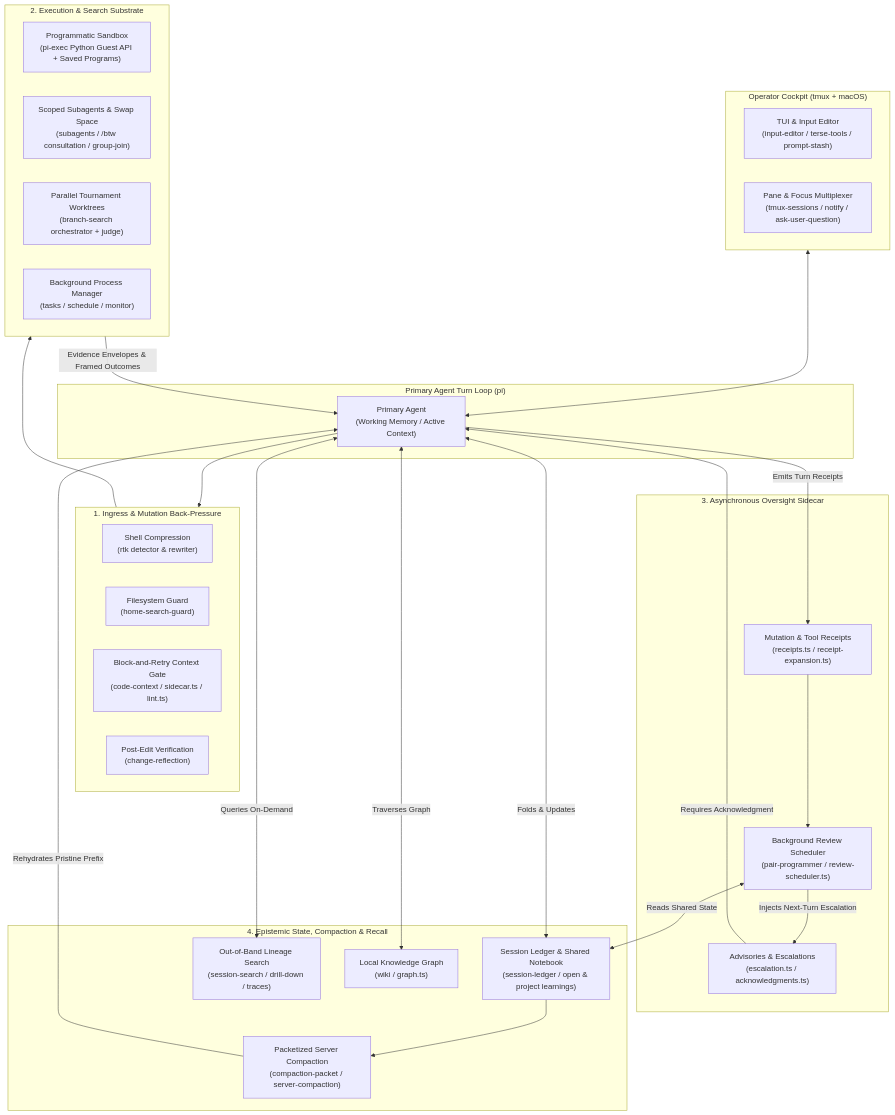
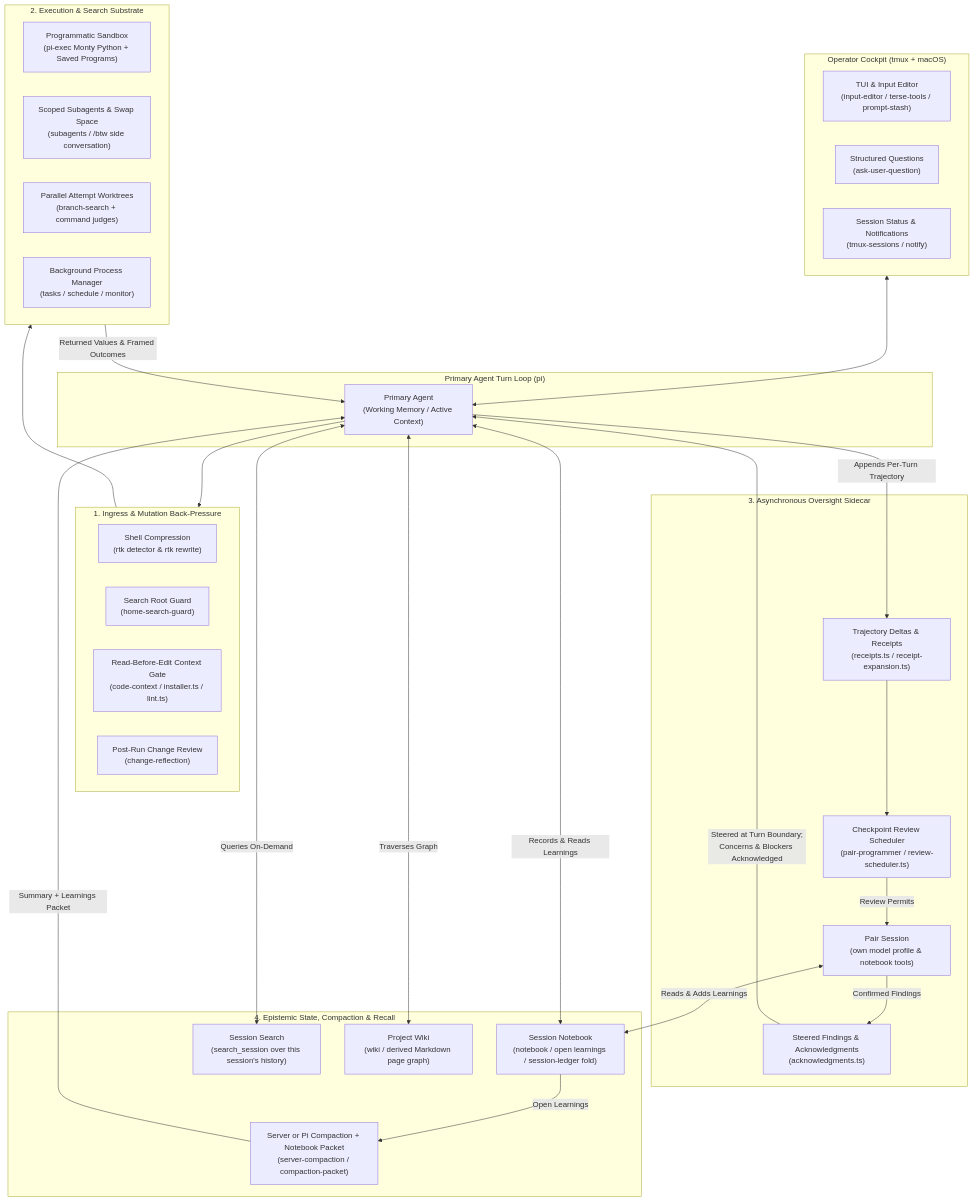
Before and after one commit to z3z1ma/apple-pi: the first of 7 diagrams in README.md, drawn with Mermaid. The commit also changed other lines of this file, not shown here.

````diff
--- a/README.md
+++ b/README.md
@@ -35,55 +35,58 @@
 ```mermaid
 flowchart TB
     subgraph Operator["Operator Cockpit (tmux + macOS)"]
         TUI["TUI & Input Editor<br/>(input-editor / terse-tools / prompt-stash)"]
-        TMUX["Pane & Focus Multiplexer<br/>(tmux-sessions / notify / ask-user-question)"]
+        ASK["Structured Questions<br/>(ask-user-question)"]
+        TMUX["Session Status & Notifications<br/>(tmux-sessions / notify)"]
     end
 
     subgraph PrimaryLoop["Primary Agent Turn Loop (pi)"]
         MAIN["Primary Agent<br/>(Working Memory / Active Context)"]
     end
 
     subgraph BackPressure["1. Ingress & Mutation Back-Pressure"]
-        RTK["Shell Compression<br/>(rtk detector & rewriter)"]
-        HSG["Filesystem Guard<br/>(home-search-guard)"]
-        CCG["Block-and-Retry Context Gate<br/>(code-context / sidecar.ts / lint.ts)"]
-        CREF["Post-Edit Verification<br/>(change-reflection)"]
+        RTK["Shell Compression<br/>(rtk detector & rtk rewrite)"]
+        HSG["Search Root Guard<br/>(home-search-guard)"]
+        CCG["Read-Before-Edit Context Gate<br/>(code-context / installer.ts / lint.ts)"]
+        CREF["Post-Run Change Review<br/>(change-reflection)"]
     end
 
     subgraph Execution["2. Execution & Search Substrate"]
-        PIEXEC["Programmatic Sandbox<br/>(pi-exec Python Guest API + Saved Programs)"]
-        SUB["Scoped Subagents & Swap Space<br/>(subagents / /btw consultation / group-join)"]
-        BSEARCH["Parallel Tournament Worktrees<br/>(branch-search orchestrator + judge)"]
+        PIEXEC["Programmatic Sandbox<br/>(pi-exec Monty Python + Saved Programs)"]
+        SUB["Scoped Subagents & Swap Space<br/>(subagents / /btw side conversation)"]
+        BSEARCH["Parallel Attempt Worktrees<br/>(branch-search + command judges)"]
         TASKS["Background Process Manager<br/>(tasks / schedule / monitor)"]
     end
 
     subgraph Bicameral["3. Asynchronous Oversight Sidecar"]
-        RECEIPTS["Mutation & Tool Receipts<br/>(receipts.ts / receipt-expansion.ts)"]
-        SCHED["Background Review Scheduler<br/>(pair-programmer / review-scheduler.ts)"]
-        ESC["Advisories & Escalations<br/>(escalation.ts / acknowledgments.ts)"]
+        RECEIPTS["Trajectory Deltas & Receipts<br/>(receipts.ts / receipt-expansion.ts)"]
+        SCHED["Checkpoint Review Scheduler<br/>(pair-programmer / review-scheduler.ts)"]
+        PAIR["Pair Session<br/>(own model profile & notebook tools)"]
+        ESC["Steered Findings & Acknowledgments<br/>(acknowledgments.ts)"]
     end
 
     subgraph Memory["4. Epistemic State, Compaction & Recall"]
-        LEDGER["Session Ledger & Shared Notebook<br/>(session-ledger / open & project learnings)"]
-        COMPACT["Packetized Server Compaction<br/>(compaction-packet / server-compaction)"]
-        SSEARCH["Out-of-Band Lineage Search<br/>(session-search / drill-down / traces)"]
-        WIKI["Local Knowledge Graph<br/>(wiki / graph.ts)"]
+        LEDGER["Session Notebook<br/>(notebook / open learnings / session-ledger fold)"]
+        COMPACT["Server or Pi Compaction + Notebook Packet<br/>(server-compaction / compaction-packet)"]
+        SSEARCH["Session Search<br/>(search_session over this session's history)"]
+        WIKI["Project Wiki<br/>(wiki / derived Markdown page graph)"]
     end
 
     Operator <--> MAIN
     MAIN --> BackPressure
     BackPressure --> Execution
-    Execution -->|Evidence Envelopes & Framed Outcomes| MAIN
+    Execution -->|Returned Values & Framed Outcomes| MAIN
 
-    MAIN -->|Emits Turn Receipts| RECEIPTS
+    MAIN -->|Appends Per-Turn Trajectory| RECEIPTS
     RECEIPTS --> SCHED
-    SCHED <-->|Reads Shared State| LEDGER
-    SCHED -->|Injects Next-Turn Escalation| ESC
-    ESC -->|Requires Acknowledgment| MAIN
+    SCHED -->|Review Permits| PAIR
+    PAIR <-->|Reads & Adds Learnings| LEDGER
+    PAIR -->|Confirmed Findings| ESC
+    ESC -->|Steered at Turn Boundary;<br/>Concerns & Blockers Acknowledged| MAIN
 
-    MAIN <-->|Folds & Updates| LEDGER
-    LEDGER --> COMPACT
-    COMPACT -->|Rehydrates Pristine Prefix| MAIN
+    MAIN <-->|Records & Reads Learnings| LEDGER
+    LEDGER -->|Open Learnings| COMPACT
+    COMPACT -->|Summary + Learnings Packet| MAIN
     MAIN <-->|Queries On-Demand| SSEARCH
     MAIN <-->|Traverses Graph| WIKI
 ```
````
